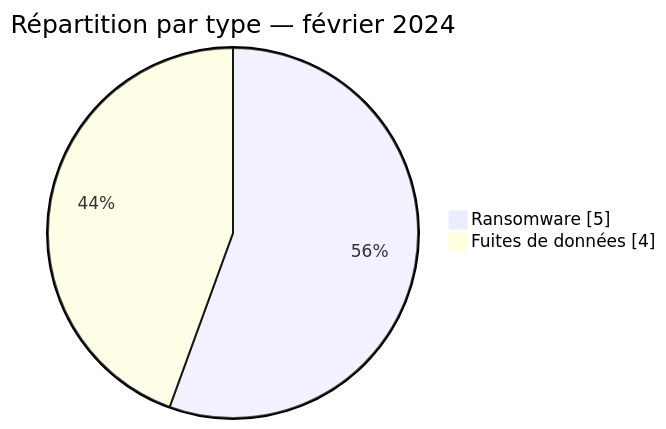
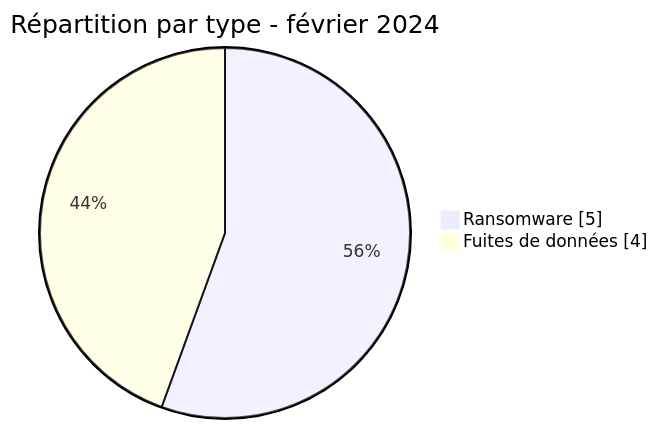
Before and after one commit to Hatchepsoute/AFRINTEL: the second of 2 diagrams in CyberAttackAfrica/2024/02-february/README_FR.md, drawn with Mermaid. The commit also changed other lines of this file and 182 other files, not shown here.

````diff
--- a/CyberAttackAfrica/2024/02-february/README_FR.md
+++ b/CyberAttackAfrica/2024/02-february/README_FR.md
@@ -54,6 +54,6 @@
 ```mermaid
 pie showData
-    title Répartition par type — février 2024
+    title Répartition par type - février 2024
     "Ransomware" : 5
     "Fuites de données" : 4
 ```
````
